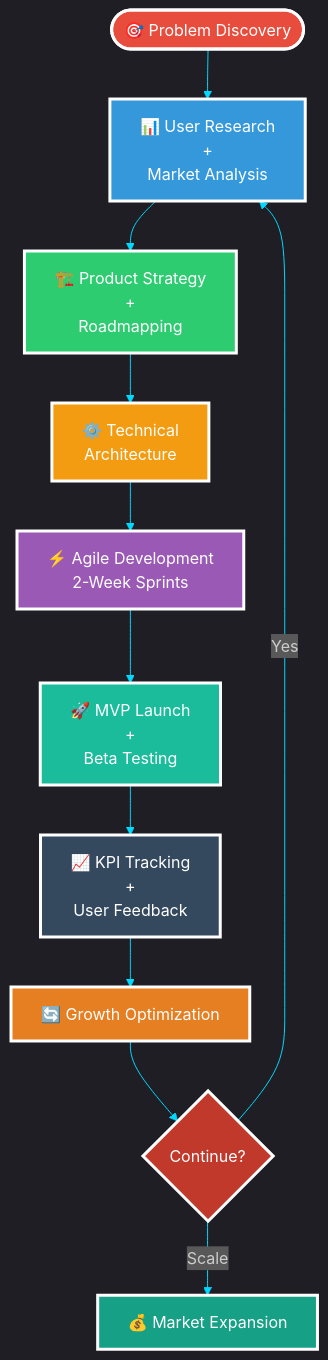
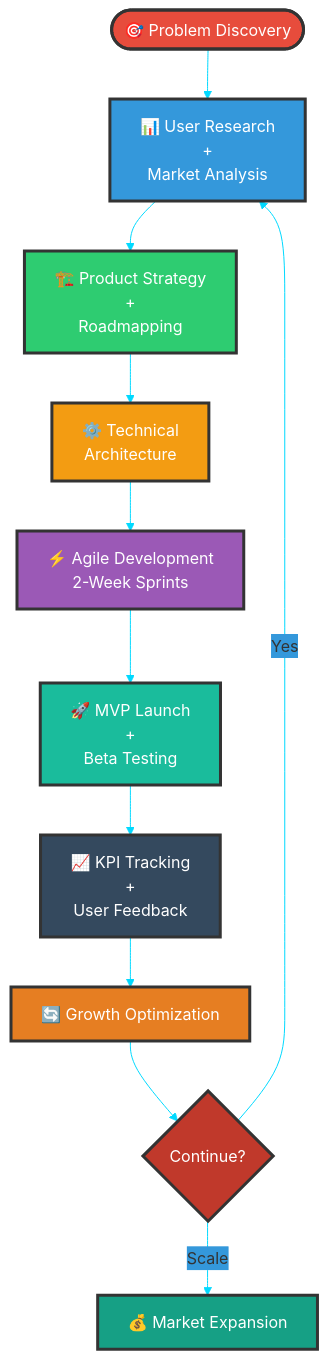
One commit to VIKAS9793/VIKAS9793 changed the sixth of 11 diagrams in README.md. Above: the diagram before and after it, drawn with Mermaid. The commit also changed other lines of this file, not shown here.

````diff
--- a/README.md
+++ b/README.md
@@ -406,25 +412,25 @@
 ```mermaid
-%%{init: {'theme':'dark', 'themeVariables': {'primaryColor':'#2ecc71','secondaryColor':'#3498db','tertiaryColor':'#e74c3c','primaryTextColor':'#fff','secondaryTextColor':'#fff','tertiaryTextColor':'#fff','lineColor':'#00D9FF','fontSize':'16px'}}}%%
+%%{init: {'theme':'base', 'themeVariables': {'primaryColor':'#2ecc71','secondaryColor':'#3498db','tertiaryColor':'#e74c3c','primaryTextColor':'#333','secondaryTextColor':'#333','tertiaryTextColor':'#333','lineColor':'#00D9FF','fontSize':'16px'}}}%%
 flowchart TB
     Start([🎯 Problem Discovery]) --> Research[📊 User Research<br/>+<br/>Market Analysis]
     Research --> Strategy[🏗️ Product Strategy<br/>+<br/>Roadmapping]
     Strategy --> Tech[⚙️ Technical<br/>Architecture]
     Tech --> Sprint[⚡ Agile Development<br/>2-Week Sprints]
     Sprint --> MVP[🚀 MVP Launch<br/>+<br/>Beta Testing]
     MVP --> Metrics[📈 KPI Tracking<br/>+<br/>User Feedback]
     Metrics --> Optimize[🔄 Growth Optimization]
     Optimize --> Iterate{Continue?}
     Iterate -->|Yes| Research
     Iterate -->|Scale| Scale[💰 Market Expansion]
     
-    style Start fill:#e74c3c,stroke:#fff,stroke-width:3px,color:#fff
-    style Research fill:#3498db,stroke:#fff,stroke-width:3px,color:#fff
-    style Strategy fill:#2ecc71,stroke:#fff,stroke-width:3px,color:#fff
-    style Tech fill:#f39c12,stroke:#fff,stroke-width:3px,color:#fff
-    style Sprint fill:#9b59b6,stroke:#fff,stroke-width:3px,color:#fff
-    style MVP fill:#1abc9c,stroke:#fff,stroke-width:3px,color:#fff
-    style Metrics fill:#34495e,stroke:#fff,stroke-width:3px,color:#fff
-    style Optimize fill:#e67e22,stroke:#fff,stroke-width:3px,color:#fff
-    style Iterate fill:#c0392b,stroke:#fff,stroke-width:3px,color:#fff
-    style Scale fill:#16a085,stroke:#fff,stroke-width:3px,color:#fff
+    style Start fill:#e74c3c,stroke:#333,stroke-width:3px,color:#fff
+    style Research fill:#3498db,stroke:#333,stroke-width:3px,color:#fff
+    style Strategy fill:#2ecc71,stroke:#333,stroke-width:3px,color:#fff
+    style Tech fill:#f39c12,stroke:#333,stroke-width:3px,color:#fff
+    style Sprint fill:#9b59b6,stroke:#333,stroke-width:3px,color:#fff
+    style MVP fill:#1abc9c,stroke:#333,stroke-width:3px,color:#fff
+    style Metrics fill:#34495e,stroke:#333,stroke-width:3px,color:#fff
+    style Optimize fill:#e67e22,stroke:#333,stroke-width:3px,color:#fff
+    style Iterate fill:#c0392b,stroke:#333,stroke-width:3px,color:#fff
+    style Scale fill:#16a085,stroke:#333,stroke-width:3px,color:#fff
 ```
````
